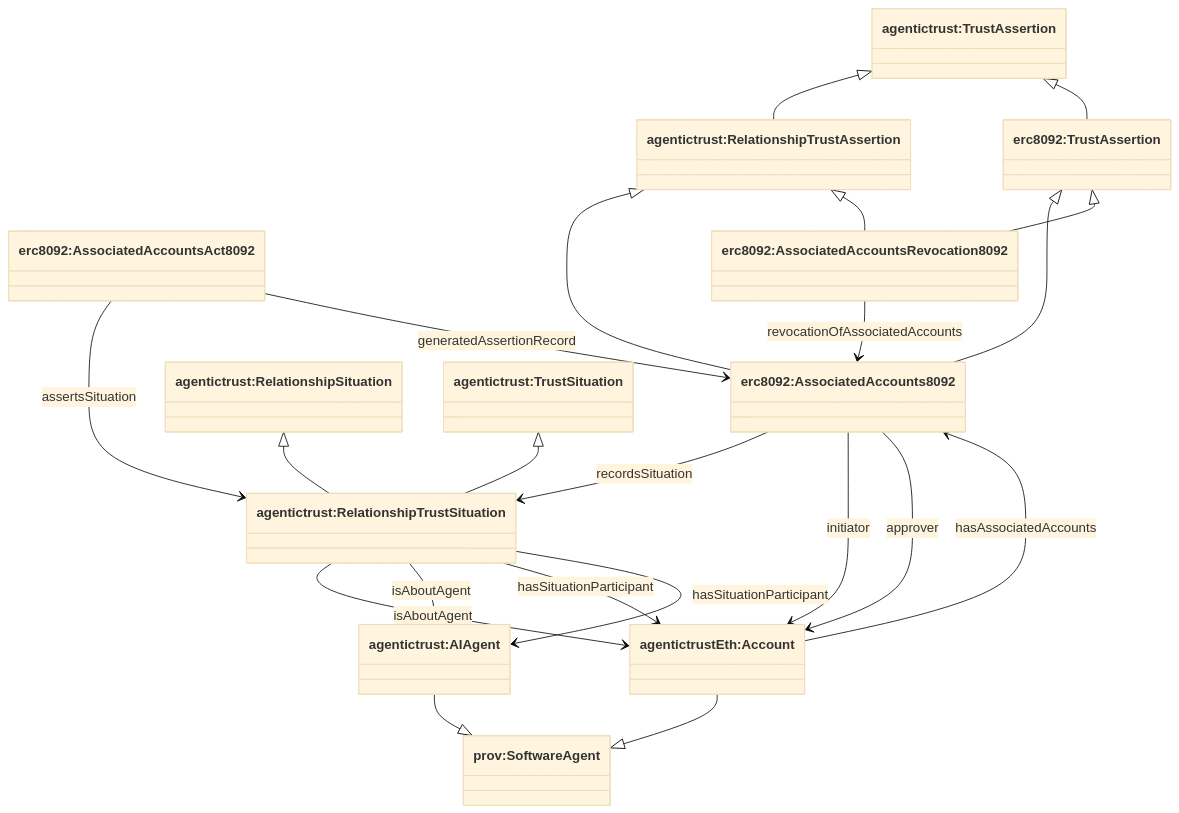
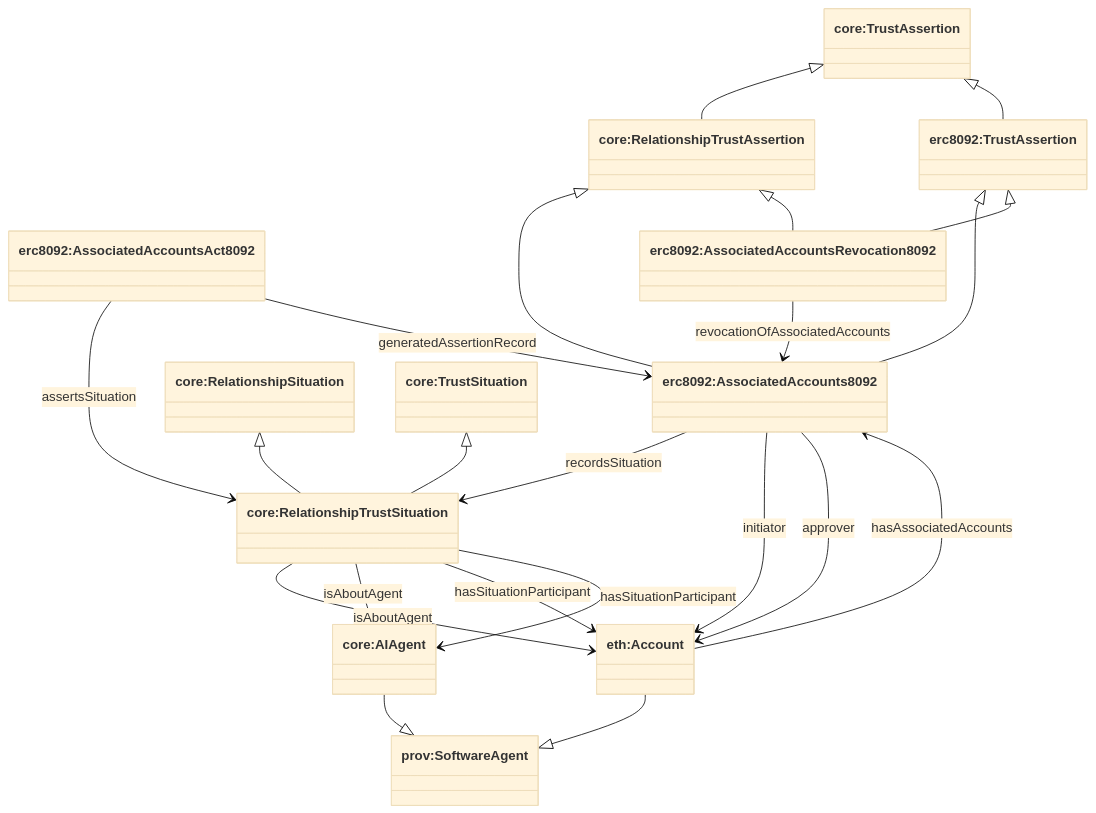
Before and after one commit to Agentic-Trust-Layer/agent-explorer: the diagram in docs/ontology/erc8092.md, drawn with Mermaid (base theme). The commit also changed other lines of this file and 49 other files, not shown here.

````diff
--- a/docs/ontology/erc8092.md
+++ b/docs/ontology/erc8092.md
@@ -53,44 +53,44 @@
 ```mermaid
 classDiagram
 direction TB
 
-class TrustAssertion["agentictrust:TrustAssertion"]
-class RelationshipTrustAssertion["agentictrust:RelationshipTrustAssertion"]
+class TrustAssertion["core:TrustAssertion"]
+class RelationshipTrustAssertion["core:RelationshipTrustAssertion"]
 class TrustAssertion8092["erc8092:TrustAssertion"]
 class AssociatedAccounts["erc8092:AssociatedAccounts8092"]
 class AssociatedAccountsAct["erc8092:AssociatedAccountsAct8092"]
 class AssociatedAccountsRevocation["erc8092:AssociatedAccountsRevocation8092"]
-class RelationshipSituation["agentictrust:RelationshipSituation"]
-class TrustSituation["agentictrust:TrustSituation"]
-class RelationshipTrustSituation["agentictrust:RelationshipTrustSituation"]
-class Account["agentictrustEth:Account"]
-class AIAgent["agentictrust:AIAgent"]
+class RelationshipSituation["core:RelationshipSituation"]
+class TrustSituation["core:TrustSituation"]
+class RelationshipTrustSituation["core:RelationshipTrustSituation"]
+class Account["eth:Account"]
+class AIAgent["core:AIAgent"]
 class provSoftwareAgent["prov:SoftwareAgent"]
 
 TrustAssertion <|-- RelationshipTrustAssertion
 TrustAssertion <|-- TrustAssertion8092
 TrustAssertion8092 <|-- AssociatedAccounts
 RelationshipTrustAssertion <|-- AssociatedAccounts
 TrustAssertion8092 <|-- AssociatedAccountsRevocation
 RelationshipTrustAssertion <|-- AssociatedAccountsRevocation
 
 RelationshipSituation <|-- RelationshipTrustSituation
 TrustSituation <|-- RelationshipTrustSituation
 
 Account --|> provSoftwareAgent
 AIAgent --|> provSoftwareAgent
 
 Account --> AssociatedAccounts : hasAssociatedAccounts
 AssociatedAccounts --> RelationshipTrustSituation : recordsSituation
 AssociatedAccountsAct --> RelationshipTrustSituation : assertsSituation
 AssociatedAccountsAct --> AssociatedAccounts : generatedAssertionRecord
 
 AssociatedAccounts --> Account : initiator
 AssociatedAccounts --> Account : approver
 AssociatedAccountsRevocation --> AssociatedAccounts : revocationOfAssociatedAccounts
 
 RelationshipTrustSituation --> Account : isAboutAgent
 RelationshipTrustSituation --> AIAgent : isAboutAgent
 RelationshipTrustSituation --> Account : hasSituationParticipant
 RelationshipTrustSituation --> AIAgent : hasSituationParticipant
 ```
````
